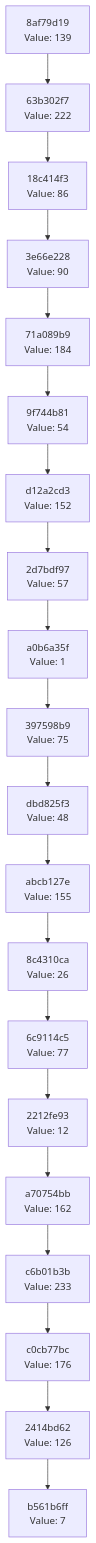
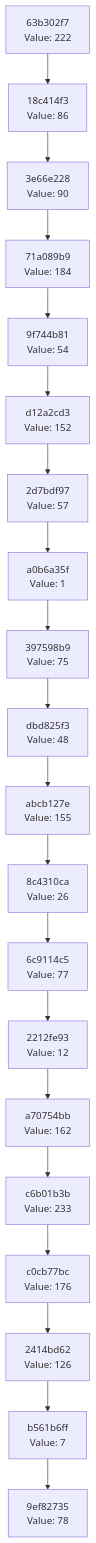
One commit to Abhisheksinha1506/hash-chain-evolver changed the diagram in docs/CHAIN_VISUALIZATION.md. Above: the diagram before and after it, drawn with Mermaid. The commit also changed 3 other files, not shown here.

````diff
--- a/docs/CHAIN_VISUALIZATION.md
+++ b/docs/CHAIN_VISUALIZATION.md
@@ -3,42 +3,42 @@
 ```mermaid
 graph TD
-    C0["b561b6ff<br/>Value: 7"]
-    C1["2414bd62<br/>Value: 126"]
+    C0["9ef82735<br/>Value: 78"]
+    C1["b561b6ff<br/>Value: 7"]
     C1 --> C0
-    C2["c0cb77bc<br/>Value: 176"]
+    C2["2414bd62<br/>Value: 126"]
     C2 --> C1
-    C3["c6b01b3b<br/>Value: 233"]
+    C3["c0cb77bc<br/>Value: 176"]
     C3 --> C2
-    C4["a70754bb<br/>Value: 162"]
+    C4["c6b01b3b<br/>Value: 233"]
     C4 --> C3
-    C5["2212fe93<br/>Value: 12"]
+    C5["a70754bb<br/>Value: 162"]
     C5 --> C4
-    C6["6c9114c5<br/>Value: 77"]
+    C6["2212fe93<br/>Value: 12"]
     C6 --> C5
-    C7["8c4310ca<br/>Value: 26"]
+    C7["6c9114c5<br/>Value: 77"]
     C7 --> C6
-    C8["abcb127e<br/>Value: 155"]
+    C8["8c4310ca<br/>Value: 26"]
     C8 --> C7
-    C9["dbd825f3<br/>Value: 48"]
+    C9["abcb127e<br/>Value: 155"]
     C9 --> C8
-    C10["397598b9<br/>Value: 75"]
+    C10["dbd825f3<br/>Value: 48"]
     C10 --> C9
-    C11["a0b6a35f<br/>Value: 1"]
+    C11["397598b9<br/>Value: 75"]
     C11 --> C10
-    C12["2d7bdf97<br/>Value: 57"]
+    C12["a0b6a35f<br/>Value: 1"]
     C12 --> C11
-    C13["d12a2cd3<br/>Value: 152"]
+    C13["2d7bdf97<br/>Value: 57"]
     C13 --> C12
-    C14["9f744b81<br/>Value: 54"]
+    C14["d12a2cd3<br/>Value: 152"]
     C14 --> C13
-    C15["71a089b9<br/>Value: 184"]
+    C15["9f744b81<br/>Value: 54"]
     C15 --> C14
-    C16["3e66e228<br/>Value: 90"]
+    C16["71a089b9<br/>Value: 184"]
     C16 --> C15
-    C17["18c414f3<br/>Value: 86"]
+    C17["3e66e228<br/>Value: 90"]
     C17 --> C16
-    C18["63b302f7<br/>Value: 222"]
+    C18["18c414f3<br/>Value: 86"]
     C18 --> C17
-    C19["8af79d19<br/>Value: 139"]
+    C19["63b302f7<br/>Value: 222"]
     C19 --> C18
 ```
````
